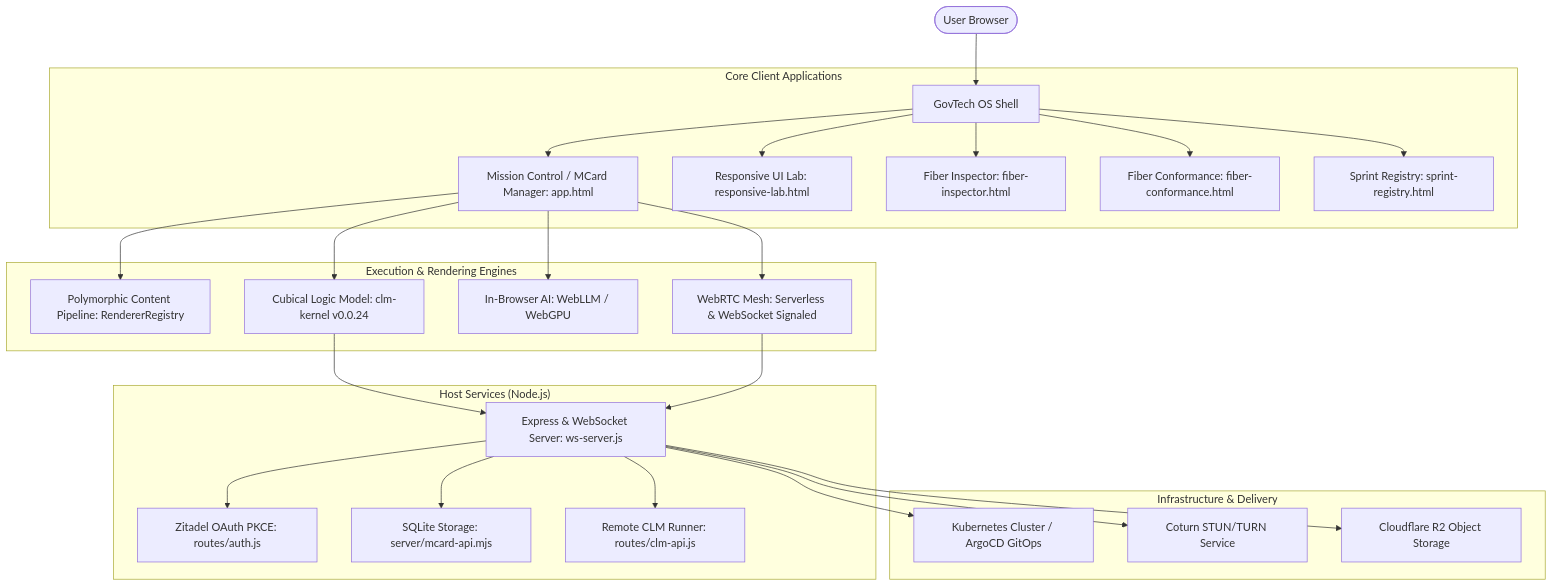
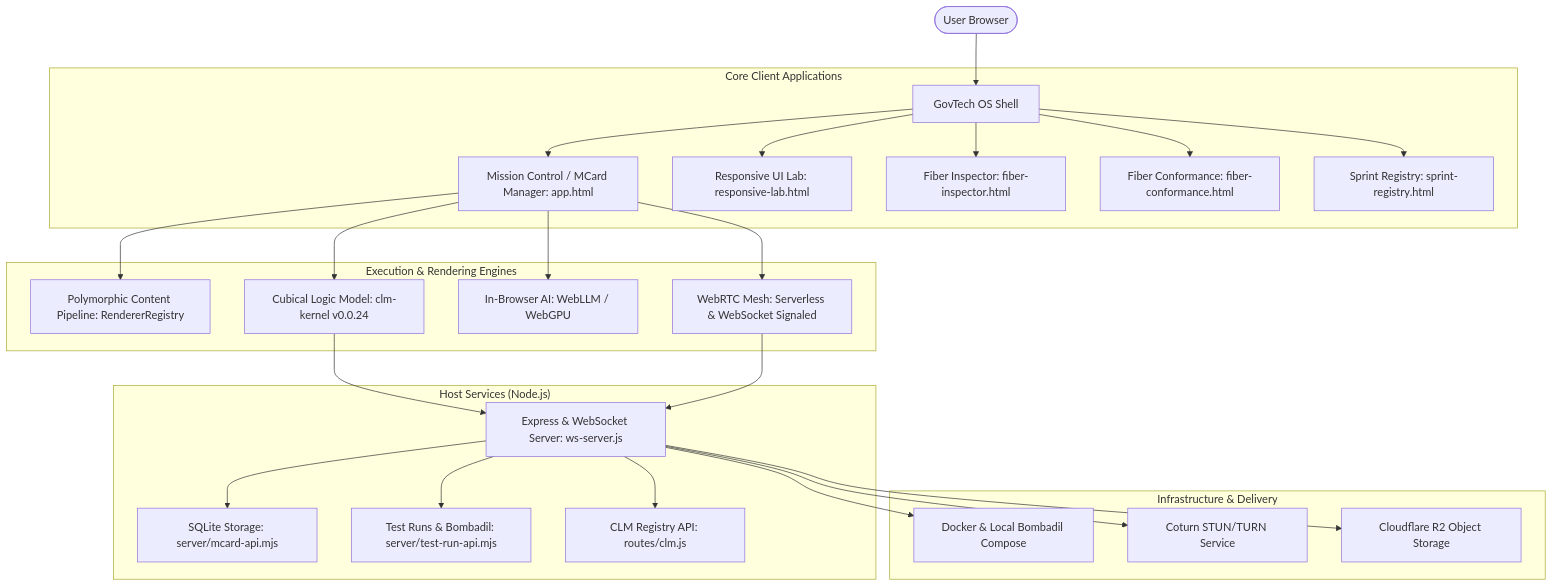
One commit to xlp0/LandingPage changed the first of 2 diagrams in docs/functionalities/00-OVERVIEW-AND-FUNCTIONALITY-MAP.md. Above: the diagram before and after it, drawn with Mermaid. The commit also changed 42 other files, not shown here.

Commit message:
refactor(slc-04): retire routes/auth.js, update parity manifest, and graduate Program SLC

````diff
--- a/docs/functionalities/00-OVERVIEW-AND-FUNCTIONALITY-MAP.md
+++ b/docs/functionalities/00-OVERVIEW-AND-FUNCTIONALITY-MAP.md
@@ -22,33 +22,33 @@
 ```mermaid
 graph TD
     User([User Browser]) --> AppShell[GovTech OS Shell]
     
     subgraph "Core Client Applications"
         AppShell --> MC[Mission Control / MCard Manager: app.html]
         AppShell --> RL[Responsive UI Lab: responsive-lab.html]
         AppShell --> FI[Fiber Inspector: fiber-inspector.html]
         AppShell --> FC[Fiber Conformance: fiber-conformance.html]
         AppShell --> SR[Sprint Registry: sprint-registry.html]
     end
 
     subgraph "Execution & Rendering Engines"
         MC --> PR[Polymorphic Content Pipeline: RendererRegistry]
         MC --> CLM[Cubical Logic Model: clm-kernel v0.0.24]
         MC --> WLLM[In-Browser AI: WebLLM / WebGPU]
         MC --> P2P[WebRTC Mesh: Serverless & WebSocket Signaled]
     end
 
     subgraph "Host Services (Node.js)"
         CLM --> WS[Express & WebSocket Server: ws-server.js]
         P2P --> WS
-        WS --> AuthAPI[Zitadel OAuth PKCE: routes/auth.js]
         WS --> MCardAPI[SQLite Storage: server/mcard-api.mjs]
-        WS --> CLMAPI[Remote CLM Runner: routes/clm-api.js]
+        WS --> TestRunsAPI[Test Runs & Bombadil: server/test-run-api.mjs]
+        WS --> CLMAPI[CLM Registry API: routes/clm.js]
     end
 
     subgraph "Infrastructure & Delivery"
-        WS --> K8s[Kubernetes Cluster / ArgoCD GitOps]
+        WS --> Docker[Docker & Local Bombadil Compose]
         WS --> STUN[Coturn STUN/TURN Service]
         WS --> R2[Cloudflare R2 Object Storage]
     end
 ```
````
